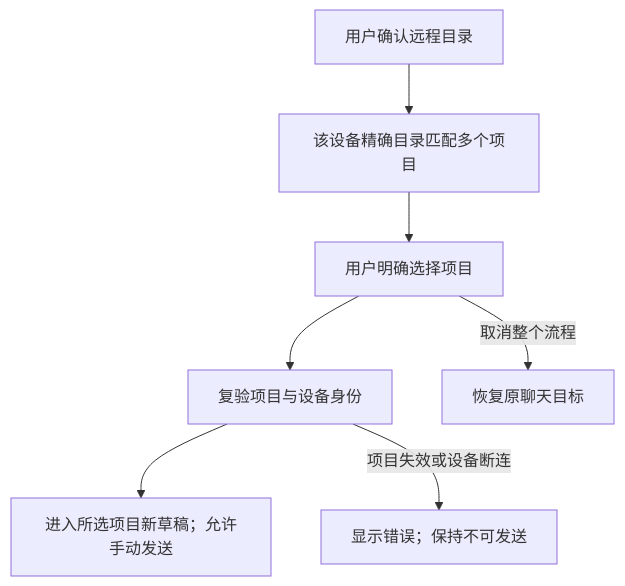
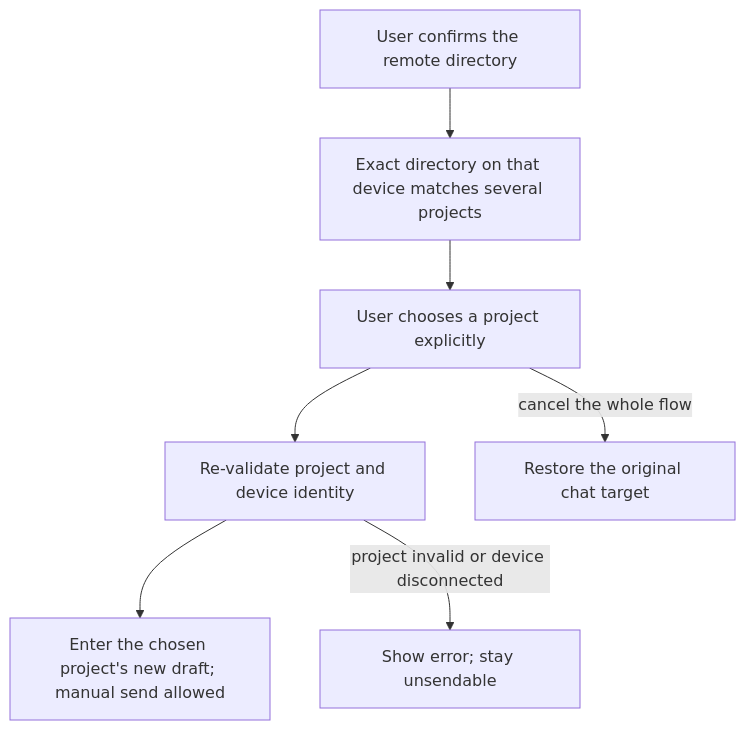
One commit to osben/ZCode changed the diagram in docs/issues/remote-connection-ux/24-chat-remote-folder-project-choice.md. Above: the diagram before and after it, drawn with Mermaid. The commit also changed other lines of this file and 30 other files, not shown here.

````diff
--- a/docs/issues/remote-connection-ux/24-chat-remote-folder-project-choice.md
+++ b/docs/issues/remote-connection-ux/24-chat-remote-folder-project-choice.md
@@ -15,9 +15,9 @@
 ```mermaid
 flowchart TD
-    A[用户确认远程目录] --> B[该设备精确目录匹配多个项目]
-    B --> C[用户明确选择项目]
-    C --> D[复验项目与设备身份]
-    D --> E[进入所选项目新草稿；允许手动发送]
-    C -->|取消整个流程| F[恢复原聊天目标]
-    D -->|项目失效或设备断连| G[显示错误；保持不可发送]
+    A[User confirms the remote directory] --> B[Exact directory on that device matches several projects]
+    B --> C[User chooses a project explicitly]
+    C --> D[Re-validate project and device identity]
+    D --> E[Enter the chosen project's new draft; manual send allowed]
+    C -->|cancel the whole flow| F[Restore the original chat target]
+    D -->|project invalid or device disconnected| G[Show error; stay unsendable]
 ```
````
